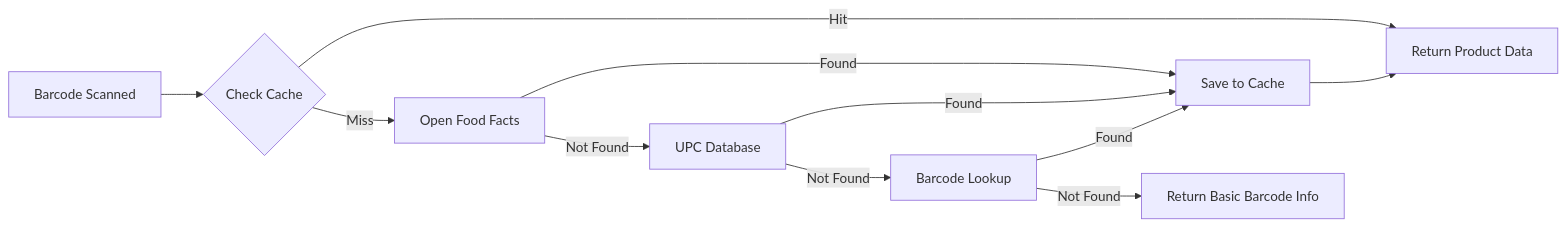
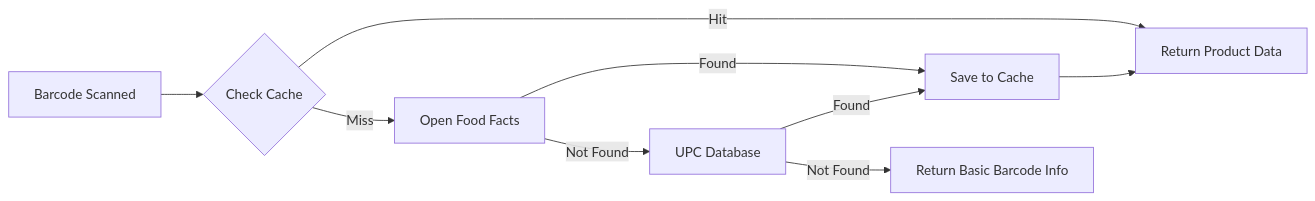
One commit to nishan-paul-hello/barcody-barcode-scanner-for-anything changed the third of 6 diagrams in docs/documentation/architecture-plan.md. Above: the diagram before and after it, drawn with Mermaid. The commit also changed other lines of this file and 3 other files, not shown here.

Commit message:
refactor: remove Barcode Lookup API integration, documentation, and related logic from the product lookup service

````diff
--- a/docs/documentation/architecture-plan.md
+++ b/docs/documentation/architecture-plan.md
@@ -617,13 +617,11 @@
 ```mermaid
 graph LR
     SCAN[Barcode Scanned] --> CACHE{Check Cache}
     CACHE -->|Hit| RETURN[Return Product Data]
     CACHE -->|Miss| API1[Open Food Facts]
     API1 -->|Found| SAVE[Save to Cache]
     API1 -->|Not Found| API2[UPC Database]
     API2 -->|Found| SAVE
-    API2 -->|Not Found| API3[Barcode Lookup]
-    API3 -->|Found| SAVE
-    API3 -->|Not Found| BASIC[Return Basic Barcode Info]
+    API2 -->|Not Found| BASIC[Return Basic Barcode Info]
     SAVE --> RETURN
 ```
````
